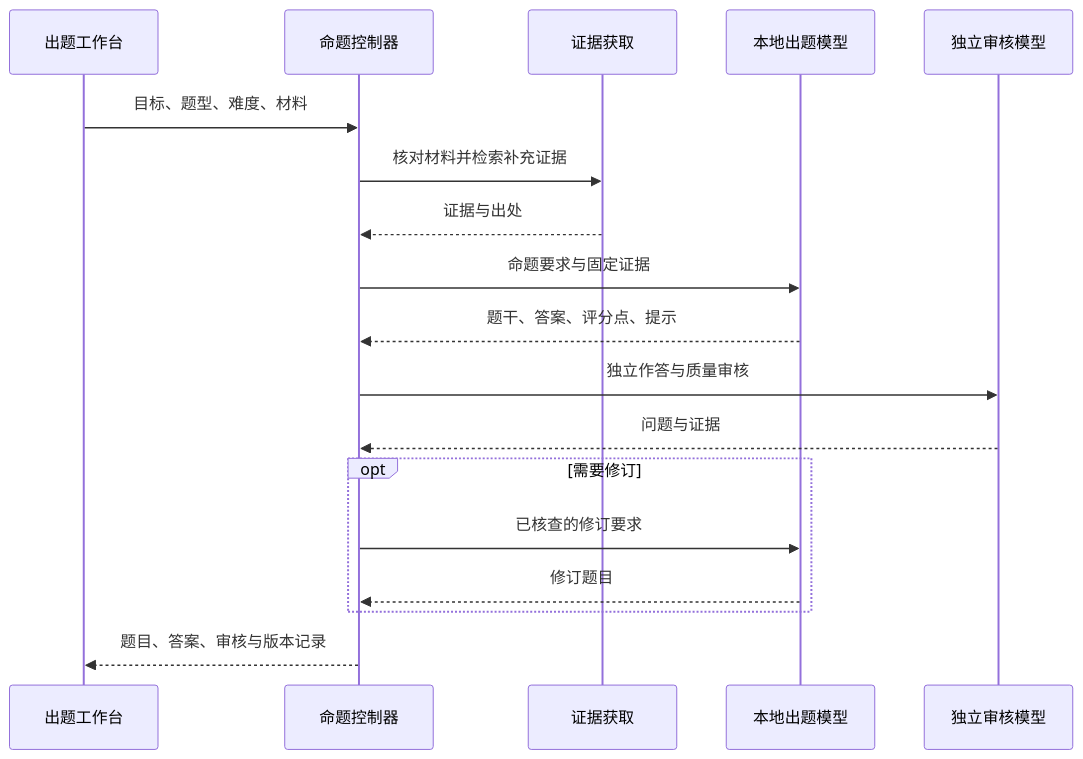
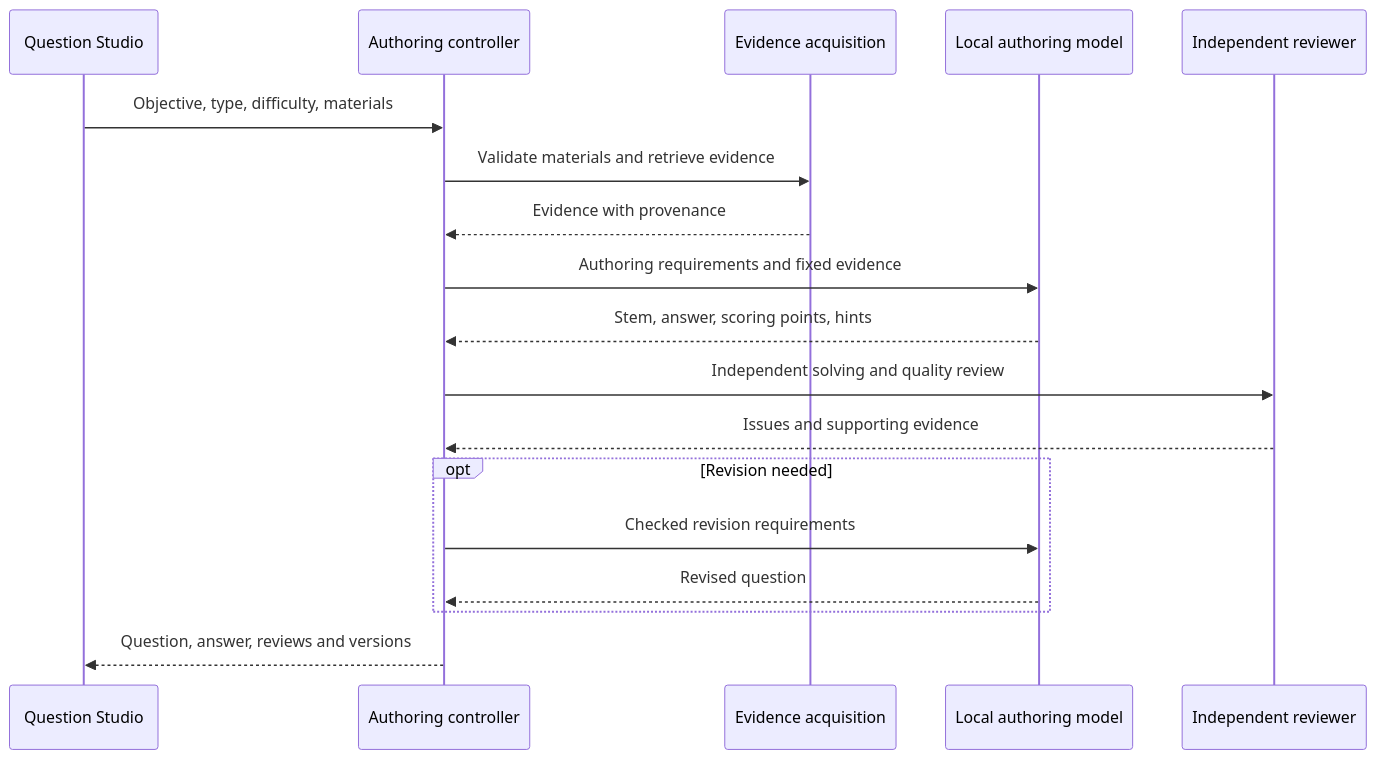
The diagram in docs/ARCHITECTURE.md (yangzhicheng12138/MDRPI-TRACE), drawn with Mermaid before and after one commit. The commit also changed other lines of this file and 30 other files, not shown here.

````diff
--- a/docs/ARCHITECTURE.md
+++ b/docs/ARCHITECTURE.md
@@ -26,20 +28,20 @@
 ```mermaid
 sequenceDiagram
-    participant U as 出题工作台
-    participant C as 命题控制器
-    participant E as 证据获取
-    participant G as 本地出题模型
-    participant R as 独立审核模型
-    U->>C: 目标、题型、难度、材料
-    C->>E: 核对材料并检索补充证据
-    E-->>C: 证据与出处
-    C->>G: 命题要求与固定证据
-    G-->>C: 题干、答案、评分点、提示
-    C->>R: 独立作答与质量审核
-    R-->>C: 问题与证据
-    opt 需要修订
-        C->>G: 已核查的修订要求
-        G-->>C: 修订题目
+    participant U as Question Studio
+    participant C as Authoring controller
+    participant E as Evidence acquisition
+    participant G as Local authoring model
+    participant R as Independent reviewer
+    U->>C: Objective, type, difficulty, materials
+    C->>E: Validate materials and retrieve evidence
+    E-->>C: Evidence with provenance
+    C->>G: Authoring requirements and fixed evidence
+    G-->>C: Stem, answer, scoring points, hints
+    C->>R: Independent solving and quality review
+    R-->>C: Issues and supporting evidence
+    opt Revision needed
+        C->>G: Checked revision requirements
+        G-->>C: Revised question
     end
-    C-->>U: 题目、答案、审核与版本记录
+    C-->>U: Question, answer, reviews and versions
 ```
````
